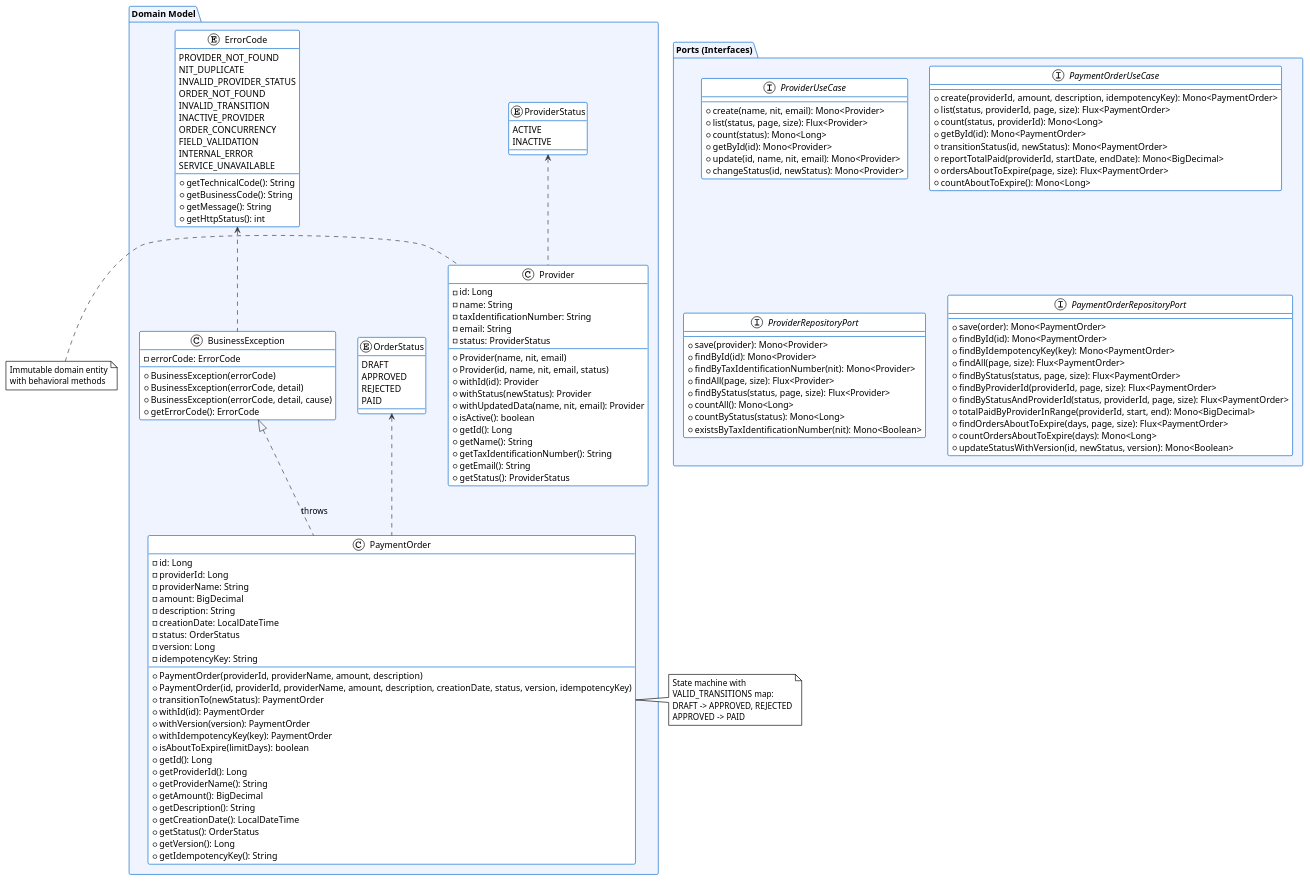
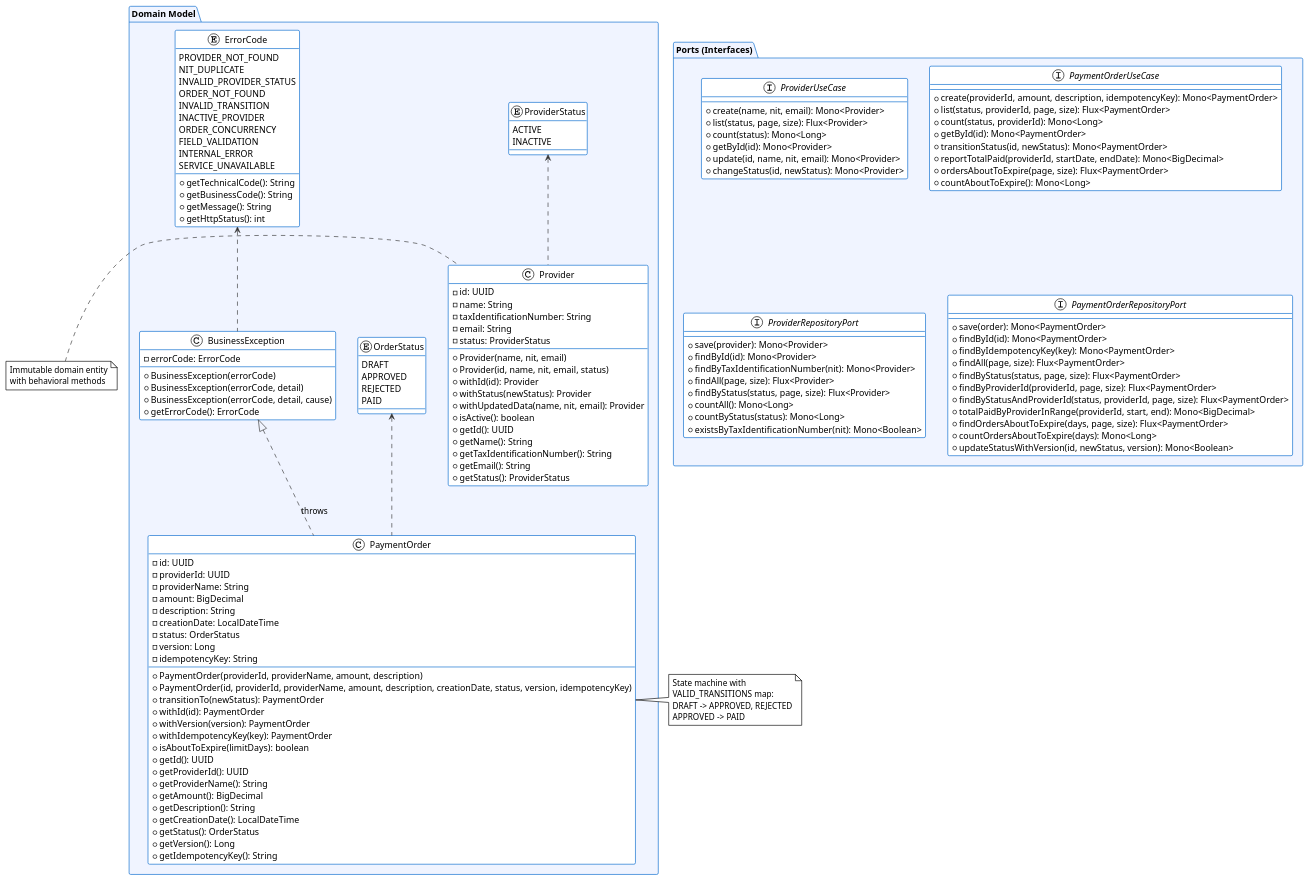
One commit to Jhusseth/ginko-payments changed the diagram in docs/class-diagram.puml. Above: the diagram before and after it, drawn with PlantUML. The commit also changed 31 other files, not shown here.

```diff
--- a/docs/class-diagram.puml
+++ b/docs/class-diagram.puml
@@ -1,160 +1,160 @@
 @startuml
 !theme plain
 skinparam backgroundColor transparent
 skinparam classBackgroundColor white
 skinparam classBorderColor #0066cc
 skinparam arrowColor #333333
 skinparam packageBackgroundColor #f0f4ff
 skinparam packageBorderColor #0066cc
 
 package "Domain Model" {
   class Provider {
-    - id: Long
+    - id: UUID
     - name: String
     - taxIdentificationNumber: String
     - email: String
     - status: ProviderStatus
     + Provider(name, nit, email)
     + Provider(id, name, nit, email, status)
     + withId(id): Provider
     + withStatus(newStatus): Provider
     + withUpdatedData(name, nit, email): Provider
     + isActive(): boolean
-    + getId(): Long
+    + getId(): UUID
     + getName(): String
     + getTaxIdentificationNumber(): String
     + getEmail(): String
     + getStatus(): ProviderStatus
   }
 
   class PaymentOrder {
-    - id: Long
-    - providerId: Long
+    - id: UUID
+    - providerId: UUID
     - providerName: String
     - amount: BigDecimal
     - description: String
     - creationDate: LocalDateTime
     - status: OrderStatus
     - version: Long
     - idempotencyKey: String
     + PaymentOrder(providerId, providerName, amount, description)
     + PaymentOrder(id, providerId, providerName, amount, description, creationDate, status, version, idempotencyKey)
     + transitionTo(newStatus): PaymentOrder
     + withId(id): PaymentOrder
     + withVersion(version): PaymentOrder
     + withIdempotencyKey(key): PaymentOrder
     + isAboutToExpire(limitDays): boolean
-    + getId(): Long
-    + getProviderId(): Long
+    + getId(): UUID
+    + getProviderId(): UUID
     + getProviderName(): String
     + getAmount(): BigDecimal
     + getDescription(): String
     + getCreationDate(): LocalDateTime
     + getStatus(): OrderStatus
     + getVersion(): Long
     + getIdempotencyKey(): String
   }
 
   enum ProviderStatus {
     ACTIVE
     INACTIVE
   }
 
   enum OrderStatus {
     DRAFT
     APPROVED
     REJECTED
     PAID
   }
 
   enum ErrorCode {
     PROVIDER_NOT_FOUND
     NIT_DUPLICATE
     INVALID_PROVIDER_STATUS
     ORDER_NOT_FOUND
     INVALID_TRANSITION
     INACTIVE_PROVIDER
     ORDER_CONCURRENCY
     FIELD_VALIDATION
     INTERNAL_ERROR
     SERVICE_UNAVAILABLE
     + getTechnicalCode(): String
     + getBusinessCode(): String
     + getMessage(): String
     + getHttpStatus(): int
   }
 
   class BusinessException {
     - errorCode: ErrorCode
     + BusinessException(errorCode)
     + BusinessException(errorCode, detail)
     + BusinessException(errorCode, detail, cause)
     + getErrorCode(): ErrorCode
   }
 
   ProviderStatus <.. Provider
   OrderStatus <.. PaymentOrder
   ErrorCode <.. BusinessException
   BusinessException <|.. PaymentOrder : throws
 }
 
 package "Ports (Interfaces)" {
   interface "ProviderUseCase" as PUC {
     + create(name, nit, email): Mono<Provider>
     + list(status, page, size): Flux<Provider>
     + count(status): Mono<Long>
     + getById(id): Mono<Provider>
     + update(id, name, nit, email): Mono<Provider>
     + changeStatus(id, newStatus): Mono<Provider>
   }
 
   interface "PaymentOrderUseCase" as POUC {
     + create(providerId, amount, description, idempotencyKey): Mono<PaymentOrder>
     + list(status, providerId, page, size): Flux<PaymentOrder>
     + count(status, providerId): Mono<Long>
     + getById(id): Mono<PaymentOrder>
     + transitionStatus(id, newStatus): Mono<PaymentOrder>
     + reportTotalPaid(providerId, startDate, endDate): Mono<BigDecimal>
     + ordersAboutToExpire(page, size): Flux<PaymentOrder>
     + countAboutToExpire(): Mono<Long>
   }
 
   interface "ProviderRepositoryPort" as PRP {
     + save(provider): Mono<Provider>
     + findById(id): Mono<Provider>
     + findByTaxIdentificationNumber(nit): Mono<Provider>
     + findAll(page, size): Flux<Provider>
     + findByStatus(status, page, size): Flux<Provider>
     + countAll(): Mono<Long>
     + countByStatus(status): Mono<Long>
     + existsByTaxIdentificationNumber(nit): Mono<Boolean>
   }
 
   interface "PaymentOrderRepositoryPort" as PORP {
     + save(order): Mono<PaymentOrder>
     + findById(id): Mono<PaymentOrder>
     + findByIdempotencyKey(key): Mono<PaymentOrder>
     + findAll(page, size): Flux<PaymentOrder>
     + findByStatus(status, page, size): Flux<PaymentOrder>
     + findByProviderId(providerId, page, size): Flux<PaymentOrder>
     + findByStatusAndProviderId(status, providerId, page, size): Flux<PaymentOrder>
     + totalPaidByProviderInRange(providerId, start, end): Mono<BigDecimal>
     + findOrdersAboutToExpire(days, page, size): Flux<PaymentOrder>
     + countOrdersAboutToExpire(days): Mono<Long>
     + updateStatusWithVersion(id, newStatus, version): Mono<Boolean>
   }
 }
 
 note left of Provider
   Immutable domain entity
   with behavioral methods
 end note
 
 note left of PaymentOrder
   State machine with
   VALID_TRANSITIONS map:
   DRAFT -> APPROVED, REJECTED
   APPROVED -> PAID
 end note
 
 @enduml
```
